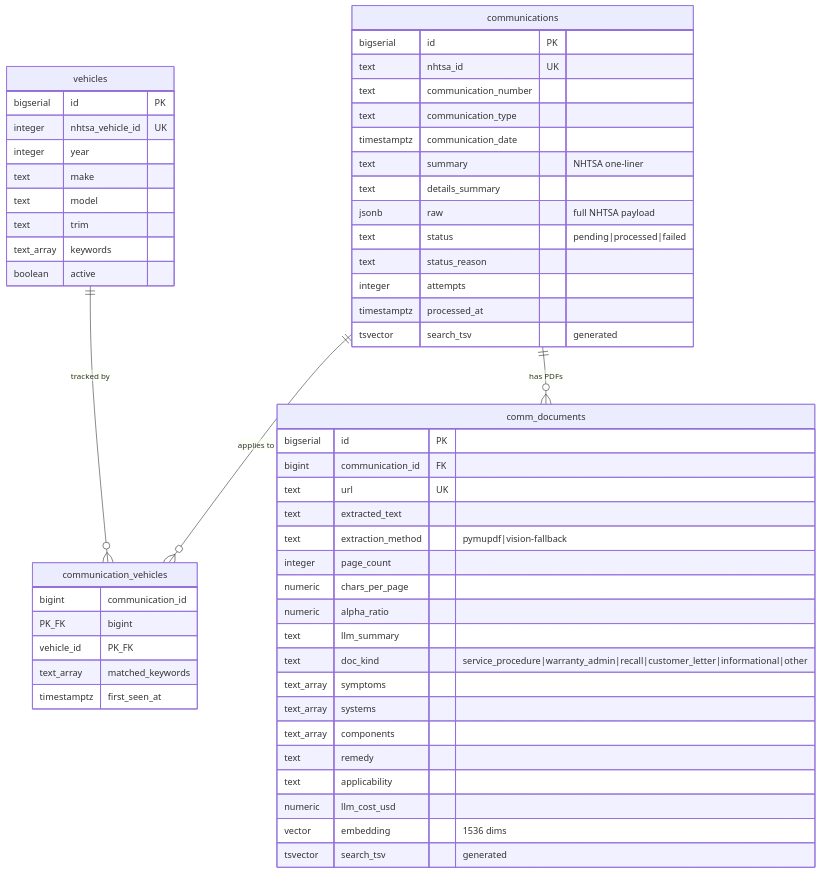
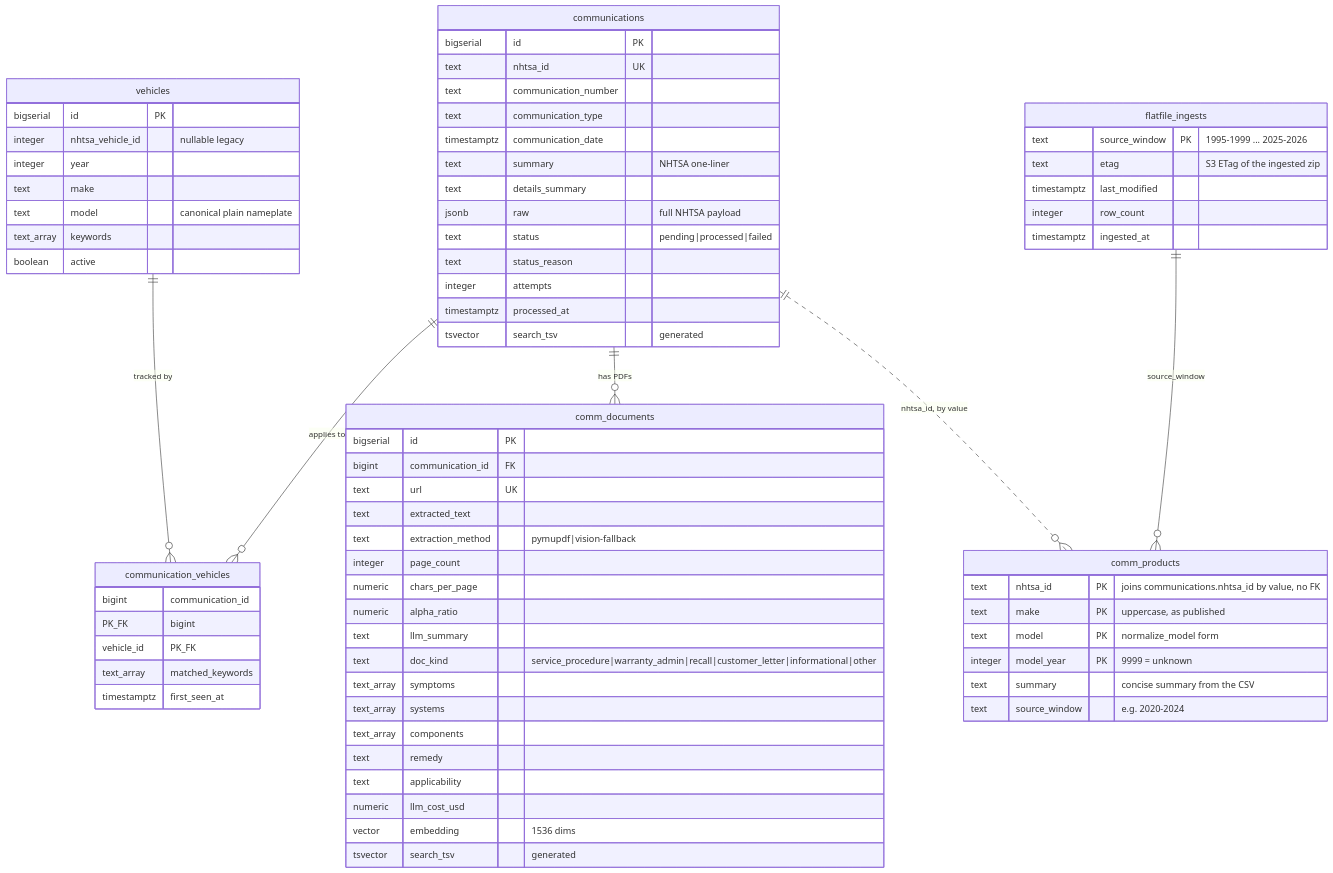
The first of 2 diagrams in docs/schema.md (jippylong12/nhtsa-manu-comms), drawn with Mermaid before and after one commit. The commit also changed other lines of this file and 9 other files, not shown here.

First line of the commit message:
feat: identity_check tool, degradation tests, and docs for the plain-nameplate identity (JIP-435, JIP-1562)

````diff
--- a/docs/schema.md
+++ b/docs/schema.md
@@ -11,61 +11,79 @@
 ```mermaid
 erDiagram
     vehicles ||--o{ communication_vehicles : "tracked by"
     communications ||--o{ communication_vehicles : "applies to"
     communications ||--o{ comm_documents : "has PDFs"
+    communications ||..o{ comm_products : "nhtsa_id, by value"
+    flatfile_ingests ||--o{ comm_products : "source_window"
 
     vehicles {
         bigserial id PK
-        integer nhtsa_vehicle_id UK
+        integer nhtsa_vehicle_id "nullable legacy"
         integer year
         text make
-        text model
-        text trim
+        text model "canonical plain nameplate"
         text_array keywords
         boolean active
     }
 
     communications {
         bigserial id PK
         text nhtsa_id UK
         text communication_number
         text communication_type
         timestamptz communication_date
         text summary "NHTSA one-liner"
         text details_summary
         jsonb raw "full NHTSA payload"
         text status "pending|processed|failed"
         text status_reason
         integer attempts
         timestamptz processed_at
         tsvector search_tsv "generated"
     }
 
     comm_documents {
         bigserial id PK
         bigint communication_id FK
         text url UK
         text extracted_text
         text extraction_method "pymupdf|vision-fallback"
         integer page_count
         numeric chars_per_page
         numeric alpha_ratio
         text llm_summary
         text doc_kind "service_procedure|warranty_admin|recall|customer_letter|informational|other"
         text_array symptoms
         text_array systems
         text_array components
         text remedy
         text applicability
         numeric llm_cost_usd
         vector embedding "1536 dims"
         tsvector search_tsv "generated"
     }
 
     communication_vehicles {
         bigint communication_id PK_FK
         bigint vehicle_id PK_FK
         text_array matched_keywords
         timestamptz first_seen_at
     }
+
+    comm_products {
+        text nhtsa_id PK "joins communications.nhtsa_id by value, no FK"
+        text make PK "uppercase, as published"
+        text model PK "normalize_model form"
+        integer model_year PK "9999 = unknown"
+        text summary "concise summary from the CSV"
+        text source_window "e.g. 2020-2024"
+    }
+
+    flatfile_ingests {
+        text source_window PK "1995-1999 ... 2025-2026"
+        text etag "S3 ETag of the ingested zip"
+        timestamptz last_modified
+        integer row_count
+        timestamptz ingested_at
+    }
 ```
````
